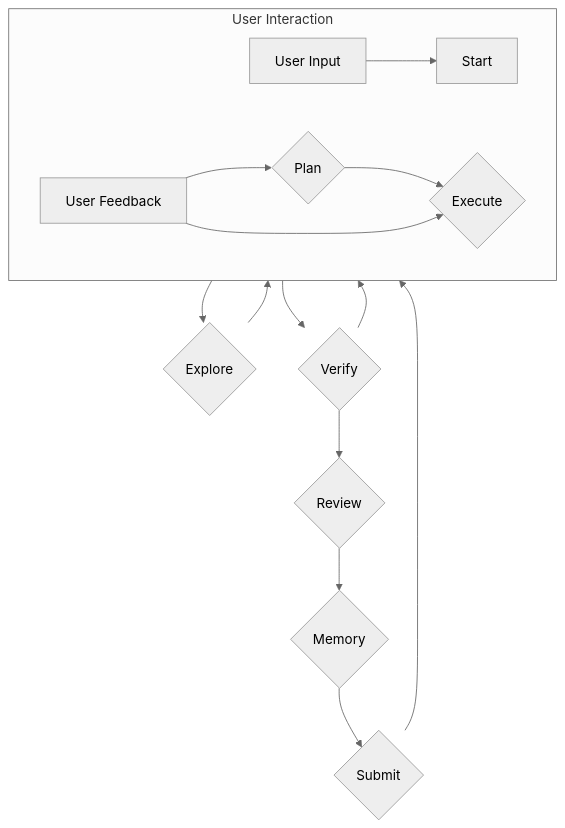
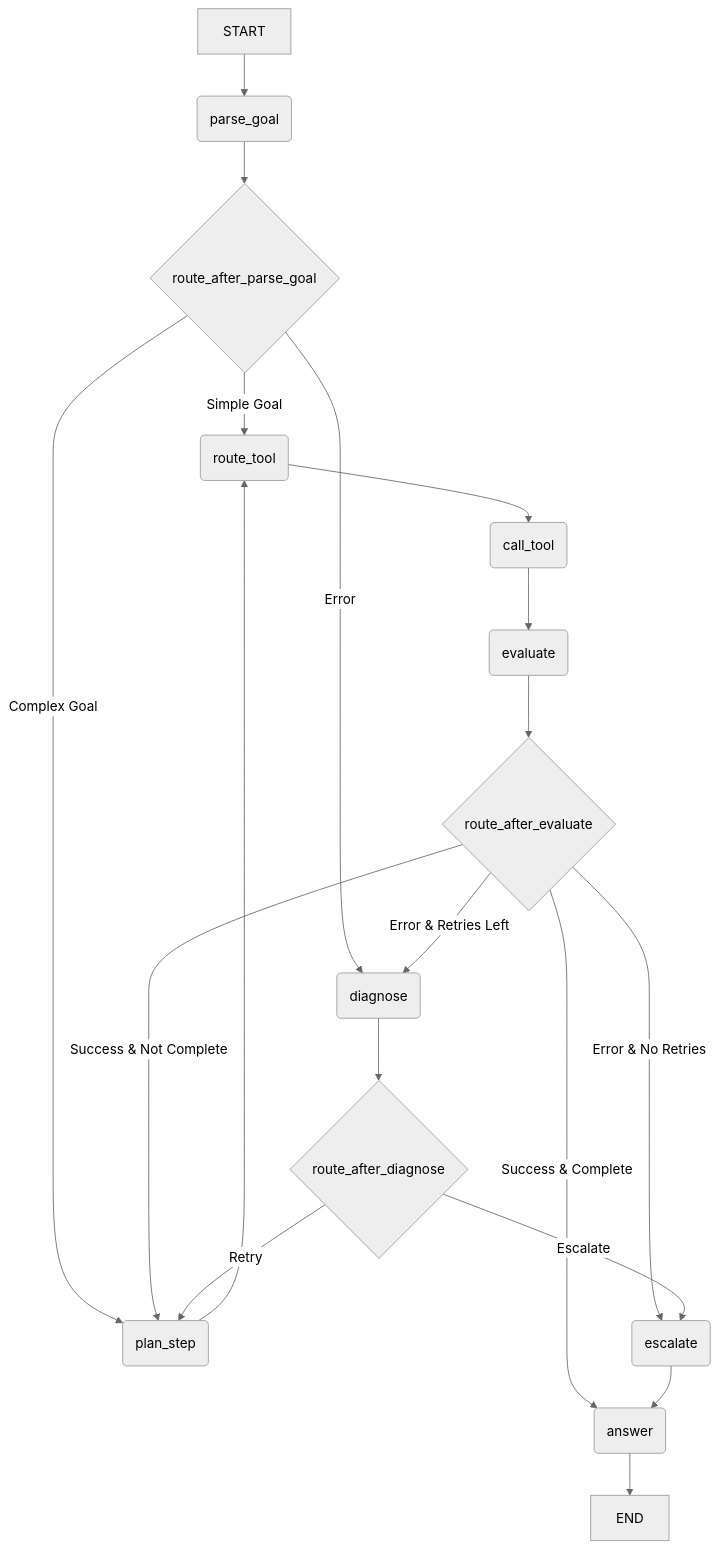
Before and after one commit to ogghst/test_puntini: the diagram in GRAPH.md, drawn with Mermaid (neutral theme). The commit also changed other lines of this file and 1 other file, not shown here.

First line of the commit message:
docs: Align GRAPH.md and AGENTS.md with codebase

````diff
--- a/GRAPH.md
+++ b/GRAPH.md
@@ -7,19 +9,21 @@
 ```mermaid
 graph TD
-    A[Start] --> B{Explore};
-    B --> C{Plan};
-    C --> D{Execute};
-    D --> E{Verify};
+    A[START] --> B(parse_goal);
+    B --> C{route_after_parse_goal};
+    C -- Simple Goal --> D(route_tool);
+    C -- Complex Goal --> E(plan_step);
+    C -- Error --> F(diagnose);
     E --> D;
-    E --> F{Review};
-    F --> G{Memory};
-    G --> H{Submit};
-    H --> A;
-
-    subgraph "User Interaction"
-        direction LR
-        I[User Input] --> A;
-        J[User Feedback] --> C;
-        J --> D;
-    end
+    D --> G(call_tool);
+    G --> H(evaluate);
+    H --> I{route_after_evaluate};
+    I -- Success & Not Complete --> E;
+    I -- Success & Complete --> J(answer);
+    I -- Error & Retries Left --> F;
+    I -- Error & No Retries --> K(escalate);
+    F --> L{route_after_diagnose};
+    L -- Retry --> E;
+    L -- Escalate --> K;
+    K --> J;
+    J --> M[END];
 ```
````
